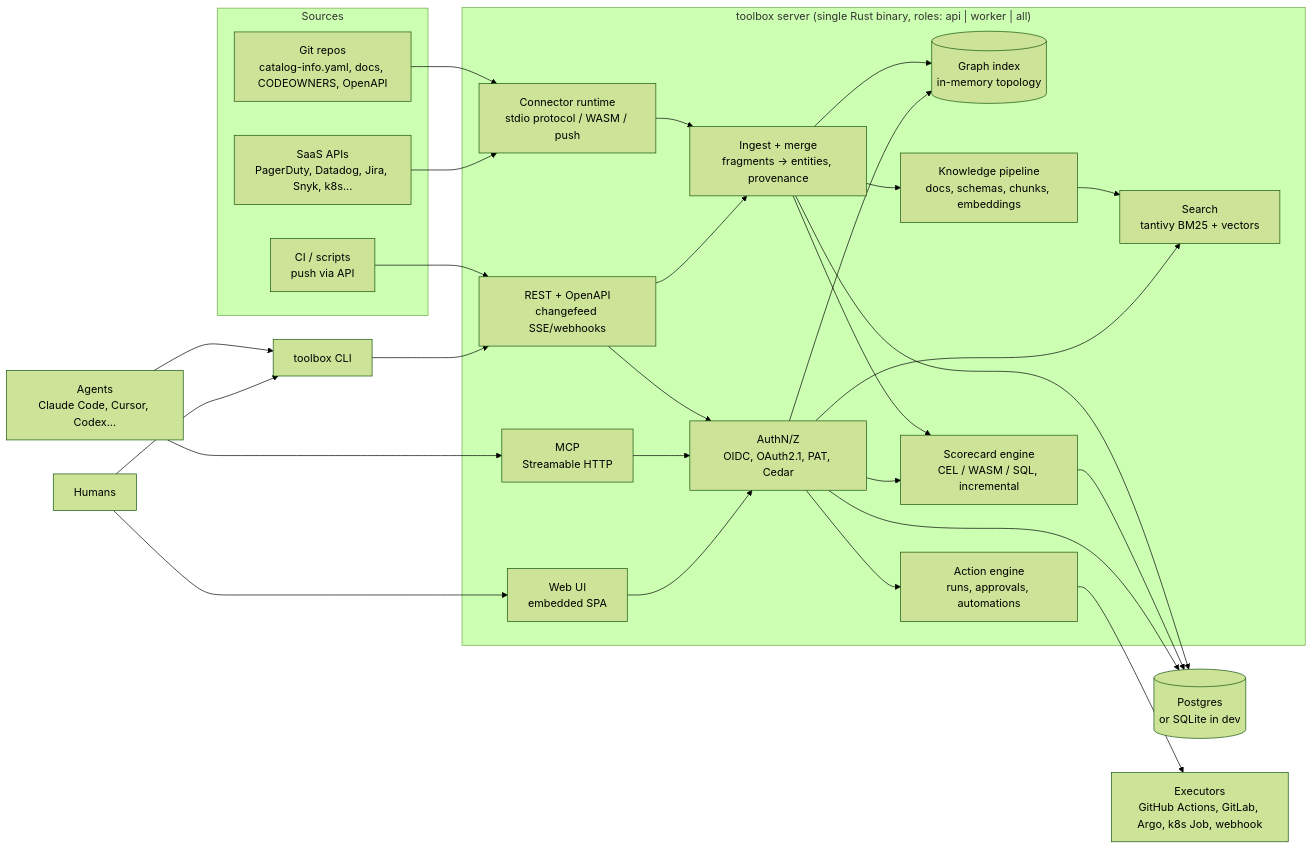
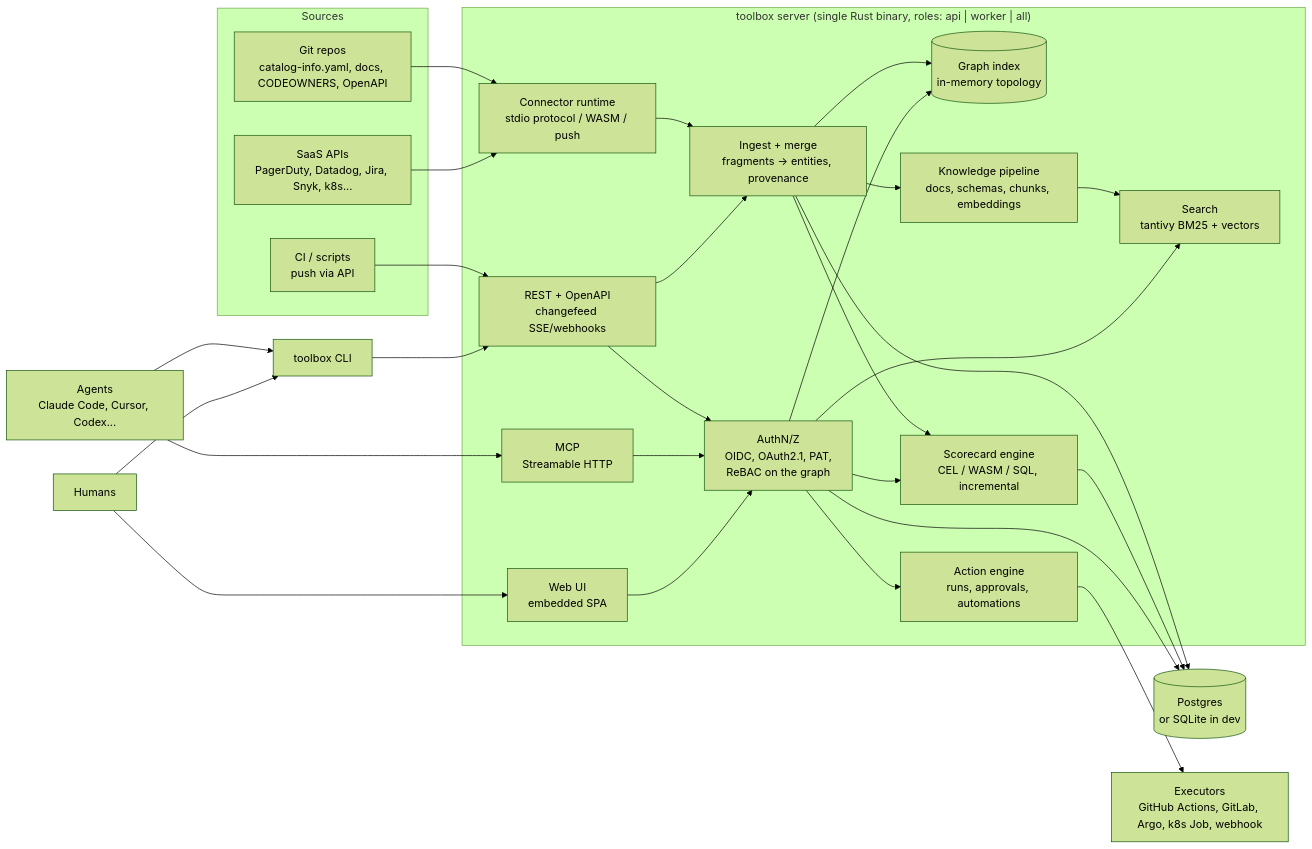
Before and after one commit to loganvolkers/toolbox: the diagram in docs/plan.md, drawn with Mermaid (forest theme). The commit also changed other lines of this file and 3 other files, not shown here.

First line of the commit message:
Add ReBAC authorization design: OpenFGA-compatible model evaluated over the catalog graph with facets

````diff
--- a/docs/plan.md
+++ b/docs/plan.md
@@ -202,39 +202,39 @@
 ```mermaid
 flowchart LR
   subgraph Sources
     GIT[Git repos<br/>catalog-info.yaml, docs, CODEOWNERS, OpenAPI]
     SAAS[SaaS APIs<br/>PagerDuty, Datadog, Jira, Snyk, k8s...]
     PUSH[CI / scripts<br/>push via API]
   end
   subgraph Toolbox["toolbox server (single Rust binary, roles: api | worker | all)"]
     CR[Connector runtime<br/>stdio protocol / WASM / push]
     ING[Ingest + merge<br/>fragments → entities, provenance]
     G[(Graph index<br/>in-memory topology)]
     SC[Scorecard engine<br/>CEL / WASM / SQL, incremental]
     ACT[Action engine<br/>runs, approvals, automations]
     KN[Knowledge pipeline<br/>docs, schemas, chunks, embeddings]
     S[Search<br/>tantivy BM25 + vectors]
-    AZ[AuthN/Z<br/>OIDC, OAuth2.1, PAT, Cedar]
+    AZ[AuthN/Z<br/>OIDC, OAuth2.1, PAT,<br/>ReBAC on the graph]
     API[REST + OpenAPI<br/>changefeed SSE/webhooks]
     MCP[MCP<br/>Streamable HTTP]
     UI[Web UI<br/>embedded SPA]
   end
   PG[(Postgres<br/>or SQLite in dev)]
   EXE[Executors<br/>GitHub Actions, GitLab, Argo, k8s Job, webhook]
   CLI[toolbox CLI]
   AG[Agents<br/>Claude Code, Cursor, Codex...]
   H[Humans]
 
   GIT & SAAS --> CR --> ING
   PUSH --> API --> ING
   ING --> PG
   ING --> G & SC & KN
   KN --> S
   SC --> PG
   ACT --> EXE
   API & MCP & UI --> AZ
   AZ --> G & SC & ACT & S & PG
   AG --> MCP
   AG & H --> CLI --> API
   H --> UI
 ```
````
